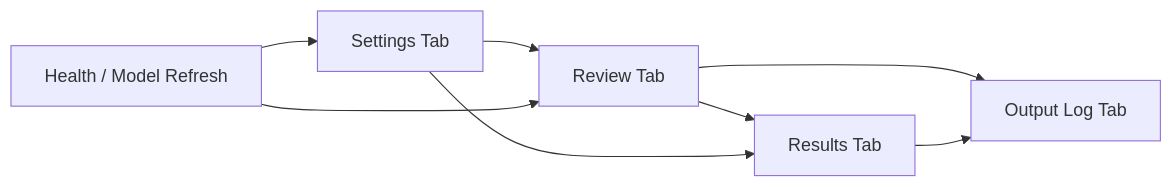
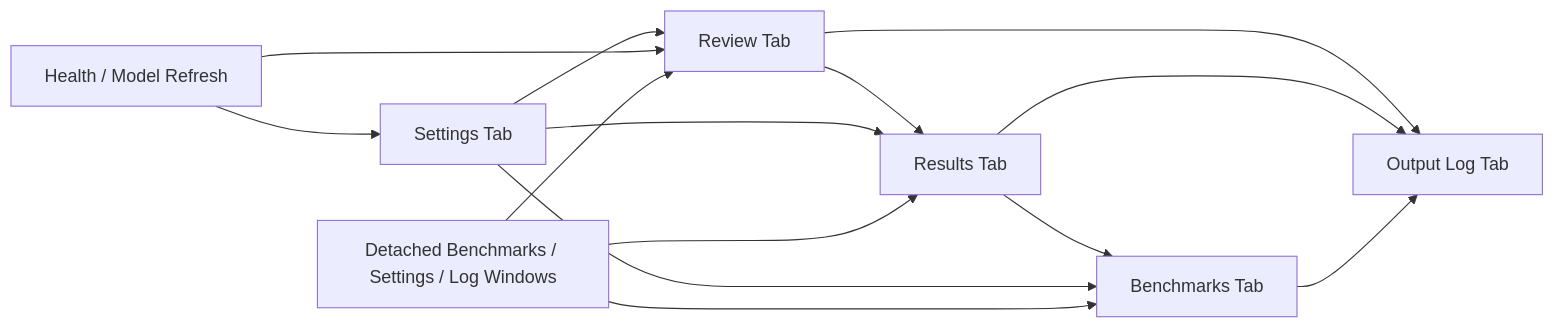
Before and after one commit to gallaway-jp/AICodeReviewer: the second of 2 diagrams in docs/gui.md, drawn with Mermaid. The commit also changed other lines of this file and 186 other files, not shown here.

````diff
--- a/docs/gui.md
+++ b/docs/gui.md
@@ -133,10 +186,16 @@
 ```mermaid
 flowchart LR
 	ReviewTab[Review Tab] --> ResultsTab[Results Tab]
+	ResultsTab --> BenchmarksTab[Benchmarks Tab]
 	ReviewTab --> LogTab[Output Log Tab]
 	SettingsTab[Settings Tab] --> ReviewTab
 	SettingsTab --> ResultsTab
+	SettingsTab --> BenchmarksTab
 	HealthChecks[Health / Model Refresh] --> ReviewTab
 	HealthChecks --> SettingsTab
 	ResultsTab --> LogTab
+	BenchmarksTab --> LogTab
+	DetachedPages[Detached Benchmarks / Settings / Log Windows] --> ReviewTab
+	DetachedPages --> ResultsTab
+	DetachedPages --> BenchmarksTab
 ```
````
